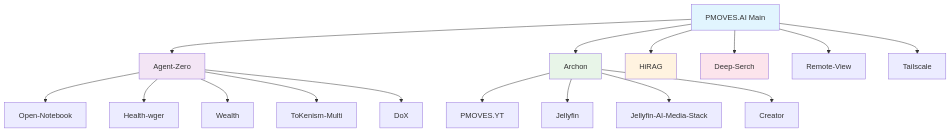
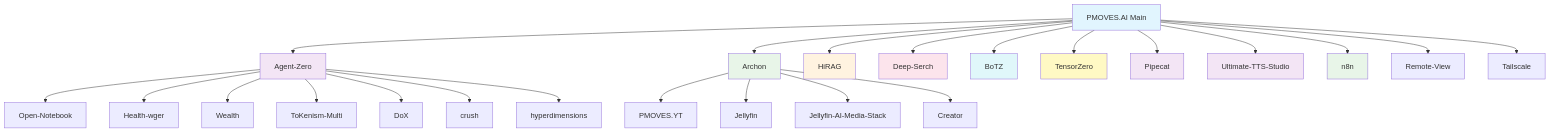
The diagram in docs/PMOVES_Repository_Index.md (POWERFULMOVES/PMOVES-pinokio), drawn with Mermaid before and after one commit. The commit also changed other lines of this file and 3 other files, not shown here.

````diff
--- a/docs/PMOVES_Repository_Index.md
+++ b/docs/PMOVES_Repository_Index.md
@@ -176,27 +351,45 @@
 ```mermaid
 graph TD
     A[PMOVES.AI Main] --> B[Agent-Zero]
     A --> C[Archon]
     A --> D[HiRAG]
     A --> E[Deep-Serch]
-    
+    A --> Q[BoTZ]
+
+    %% Model Gateway & Voice
+    A --> R[TensorZero]
+    A --> S[Pipecat]
+    A --> T[Ultimate-TTS-Studio]
+    A --> U[n8n]
+
+    %% Media Services
     C --> F[PMOVES.YT]
     C --> G[Jellyfin]
     C --> H[Jellyfin-AI-Media-Stack]
     C --> I[Creator]
-    
+
+    %% Knowledge & Tools
     B --> J[Open-Notebook]
     B --> K[Health-wger]
     B --> L[Wealth]
     B --> M[ToKenism-Multi]
     B --> N[DoX]
-    
+    B --> V[crush]
+    B --> W[hyperdimensions]
+
+    %% Infrastructure
     A --> O[Remote-View]
     A --> P[Tailscale]
-    
+
+    %% Styling by category
     style A fill:#e1f5fe
     style B fill:#f3e5f5
     style C fill:#e8f5e8
     style D fill:#fff3e0
     style E fill:#fce4ec
+    style Q fill:#e0f7fa
+    style R fill:#fff9c4
+    style S fill:#f3e5f5
+    style T fill:#f3e5f5
+    style U fill:#e8f5e8
 ```
````
